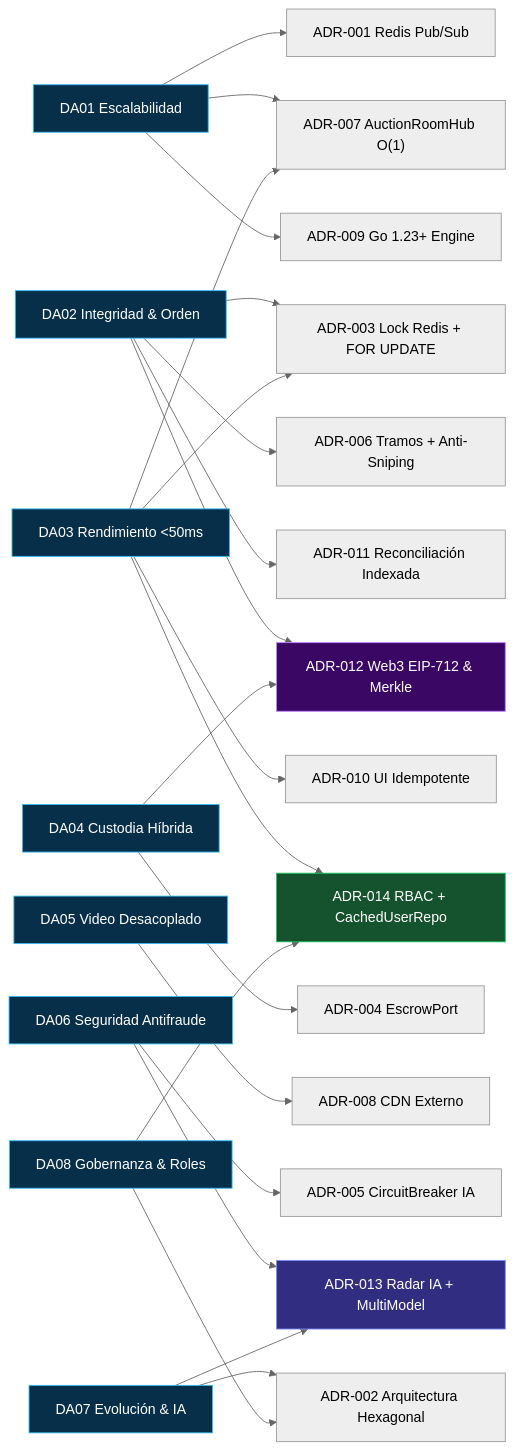
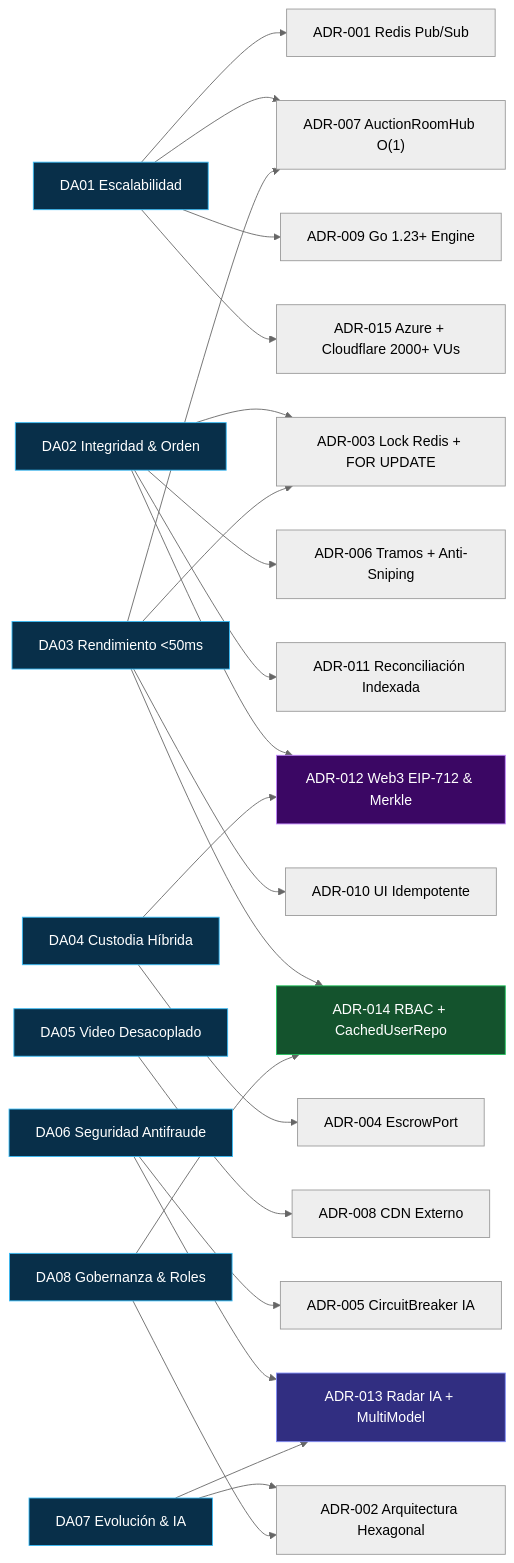
Before and after one commit to fxrl01/PlataformaSubastas-arquitSoft-02-Fernando: the diagram in docs/01-analisis-de-sistema/07-decisiones-arquitectonicas.md, drawn with Mermaid (neutral theme). The commit also changed other lines of this file and 13 other files, not shown here.

Commit message:
docs(arch,azure): migrar analisis, arquitectura, C4 y spec 016 a Microsoft Azure y Cloudflare

````diff
--- a/docs/01-analisis-de-sistema/07-decisiones-arquitectonicas.md
+++ b/docs/01-analisis-de-sistema/07-decisiones-arquitectonicas.md
@@ -37,42 +38,43 @@
 ```mermaid
 flowchart LR
     DA01["DA01 Escalabilidad"] --> ADR001["ADR-001 Redis Pub/Sub"]
     DA01 --> ADR007["ADR-007 AuctionRoomHub O(1)"]
     DA01 --> ADR009["ADR-009 Go 1.23+ Engine"]
+    DA01 --> ADR015["ADR-015 Azure + Cloudflare 2000+ VUs"]
 
     DA02["DA02 Integridad & Orden"] --> ADR003["ADR-003 Lock Redis + FOR UPDATE"]
     DA02 --> ADR006["ADR-006 Tramos + Anti-Sniping"]
     DA02 --> ADR011["ADR-011 Reconciliación Indexada"]
     DA02 --> ADR012["ADR-012 Web3 EIP-712 & Merkle"]
 
     DA03["DA03 Rendimiento <50ms"] --> ADR003
     DA03 --> ADR007
     DA03 --> ADR010["ADR-010 UI Idempotente"]
     DA03 --> ADR014["ADR-014 RBAC + CachedUserRepo"]
 
     DA04["DA04 Custodia Híbrida"] --> ADR004["ADR-004 EscrowPort"]
     DA04 --> ADR012
 
     DA05["DA05 Video Desacoplado"] --> ADR008["ADR-008 CDN Externo"]
 
     DA06["DA06 Seguridad Antifraude"] --> ADR005["ADR-005 CircuitBreaker IA"]
     DA06 --> ADR013["ADR-013 Radar IA + MultiModel"]
 
     DA07["DA07 Evolución & IA"] --> ADR002["ADR-002 Arquitectura Hexagonal"]
     DA07 --> ADR013
 
     DA08["DA08 Gobernanza & Roles"] --> ADR002
     DA08 --> ADR014
 
     style DA01 fill:#082F49,stroke:#38BDF8,color:#FFF
     style DA02 fill:#082F49,stroke:#38BDF8,color:#FFF
     style DA03 fill:#082F49,stroke:#38BDF8,color:#FFF
     style DA04 fill:#082F49,stroke:#38BDF8,color:#FFF
     style DA05 fill:#082F49,stroke:#38BDF8,color:#FFF
     style DA06 fill:#082F49,stroke:#38BDF8,color:#FFF
     style DA07 fill:#082F49,stroke:#38BDF8,color:#FFF
     style DA08 fill:#082F49,stroke:#38BDF8,color:#FFF
     style ADR012 fill:#3B0764,stroke:#C084FC,color:#FFF
     style ADR013 fill:#312E81,stroke:#818CF8,color:#FFF
     style ADR014 fill:#14532D,stroke:#22C55E,color:#FFF
 ```
````
